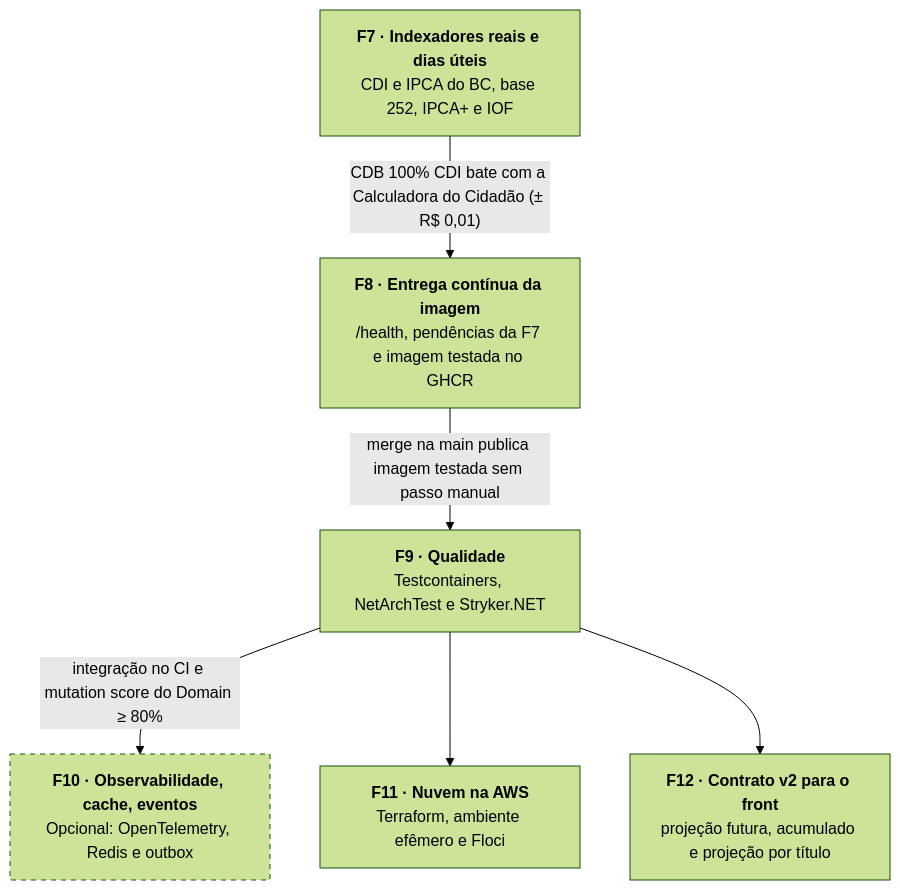
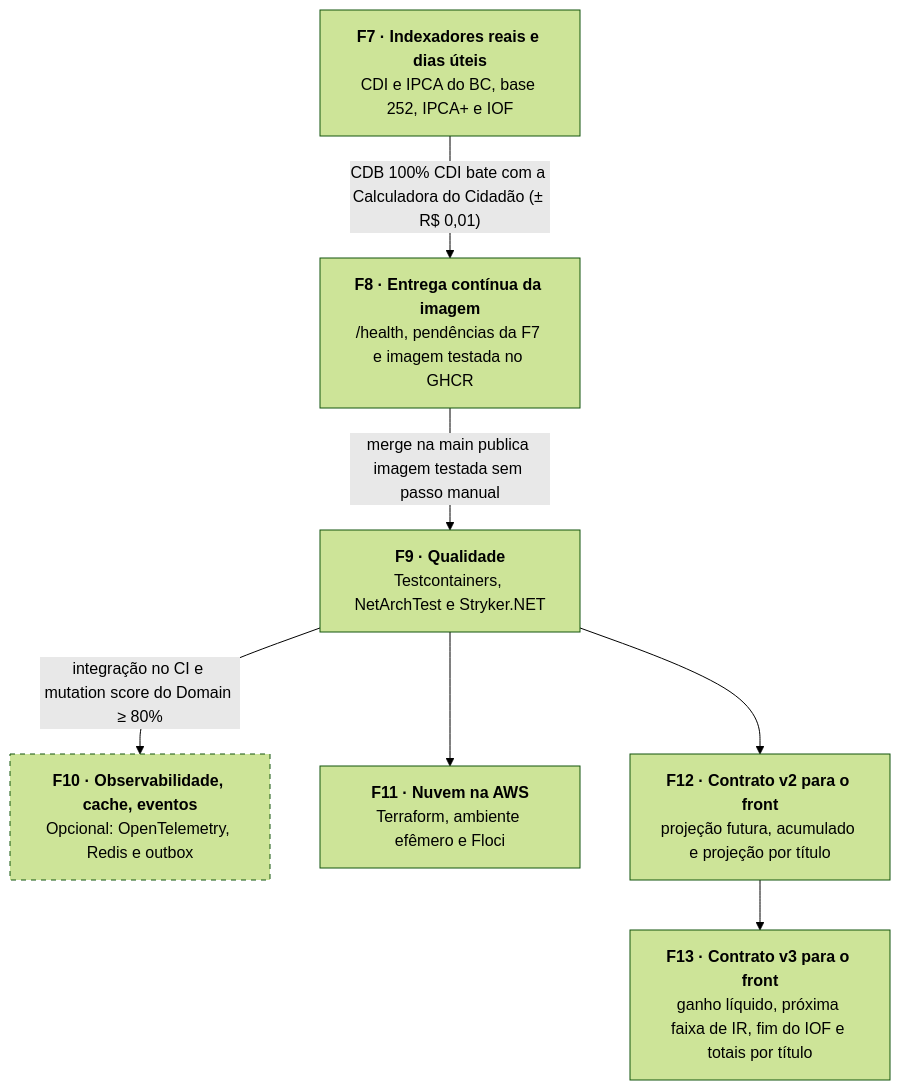
One commit to matheuscardosolazzarini/renda-fixa-api changed the diagram in docs/ROADMAP.md. Above: the diagram before and after it, drawn with Mermaid (forest theme). The commit also changed other lines of this file and 33 other files, not shown here.

Commit message:
F13: contrato v3 para o front (ganho líquido, próxima faixa de IR, fim do IOF e totais por título)

````diff
--- a/docs/ROADMAP.md
+++ b/docs/ROADMAP.md
@@ -31,15 +31,17 @@
 ```mermaid
 flowchart TD
     F7["<b>F7 · Indexadores reais e dias úteis</b><br/>CDI e IPCA do BC, base 252, IPCA+ e IOF"]
     F8["<b>F8 · Entrega contínua da imagem</b><br/>/health, pendências da F7 e imagem testada no GHCR"]
     F9["<b>F9 · Qualidade</b><br/>Testcontainers, NetArchTest e Stryker.NET"]
     F10["<b>F10 · Observabilidade, cache, eventos</b><br/>Opcional: OpenTelemetry, Redis e outbox"]
     F11["<b>F11 · Nuvem na AWS</b><br/>Terraform, ambiente efêmero e Floci"]
     F12["<b>F12 · Contrato v2 para o front</b><br/>projeção futura, acumulado e projeção por título"]
+    F13["<b>F13 · Contrato v3 para o front</b><br/>ganho líquido, próxima faixa de IR, fim do IOF e totais por título"]
     F7 -- "CDB 100% CDI bate com a Calculadora do Cidadão (± R$ 0,01)" --> F8
     F8 -- "merge na main publica imagem testada sem passo manual" --> F9
     F9 -- "integração no CI e mutation score do Domain ≥ 80%" --> F10
     F9 --> F11
     F9 --> F12
+    F12 --> F13
     style F10 stroke-dasharray: 5 5
 ```
````
